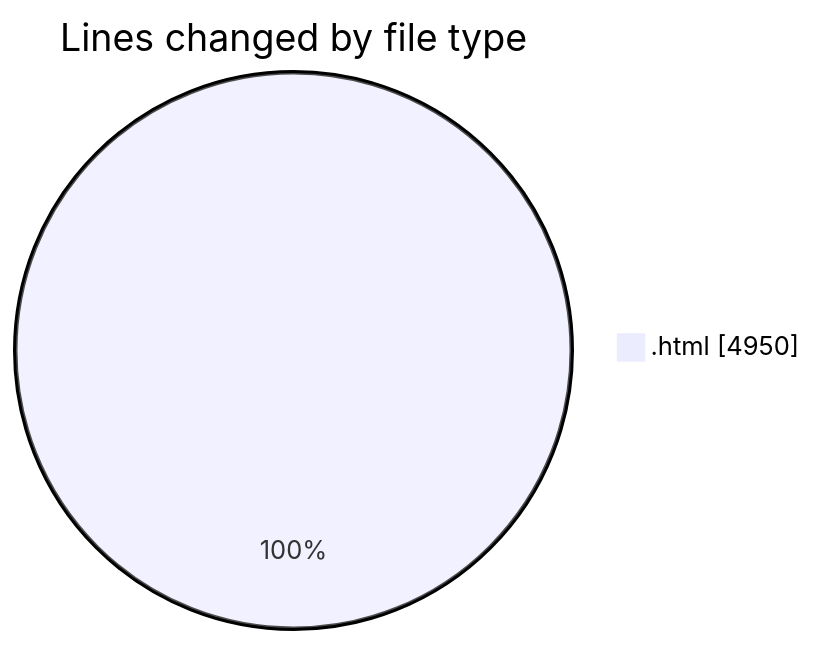
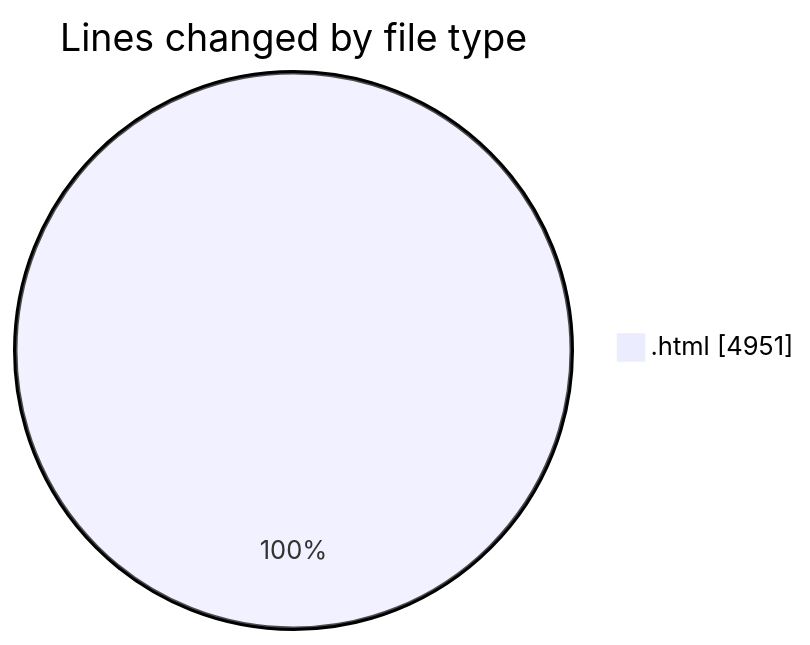
The first of 2 diagrams in 2025-08-09/nxtqube_webapp/README.md (nxtqubesakshisongat/code-tracking), drawn with Mermaid before and after one commit. The commit also changed other lines of this file and 1 other file, not shown here.

````diff
--- a/2025-08-09/nxtqube_webapp/README.md
+++ b/2025-08-09/nxtqube_webapp/README.md
@@ -21,5 +21,5 @@
 ```mermaid
 pie showData
 title Lines changed by file type
-".html" : 4950
+".html" : 4951
 ```
````
